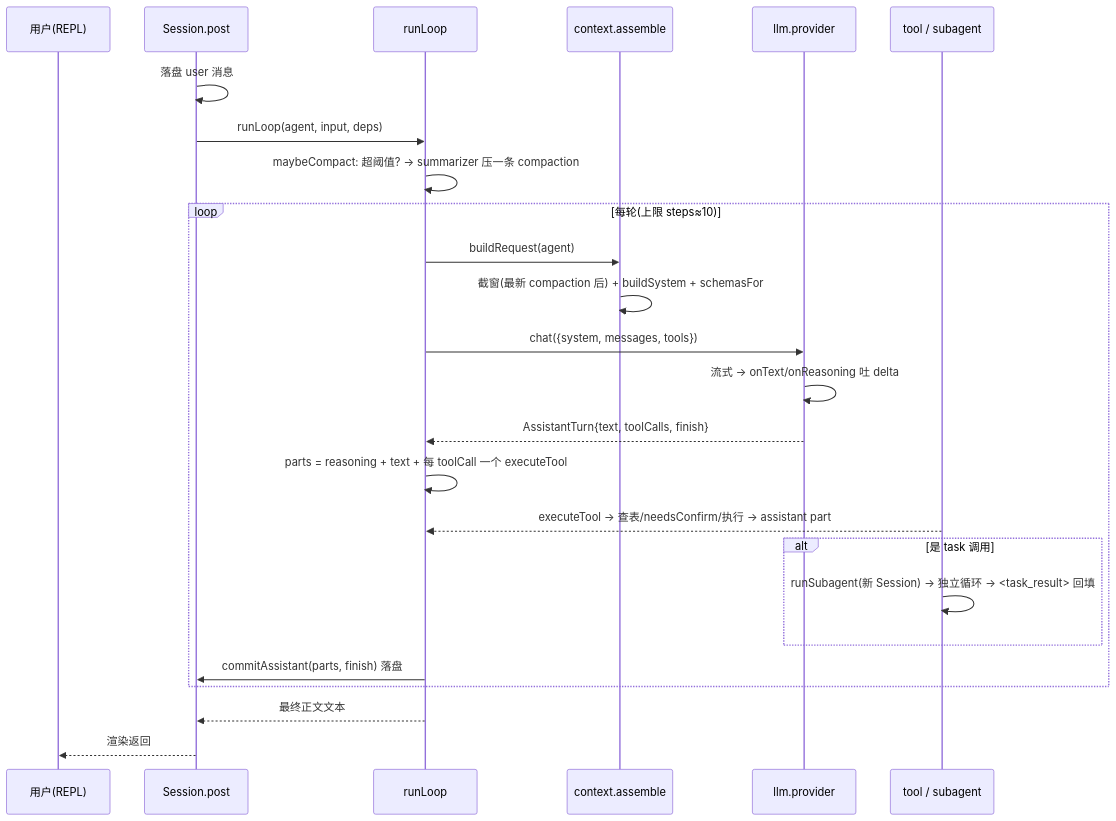
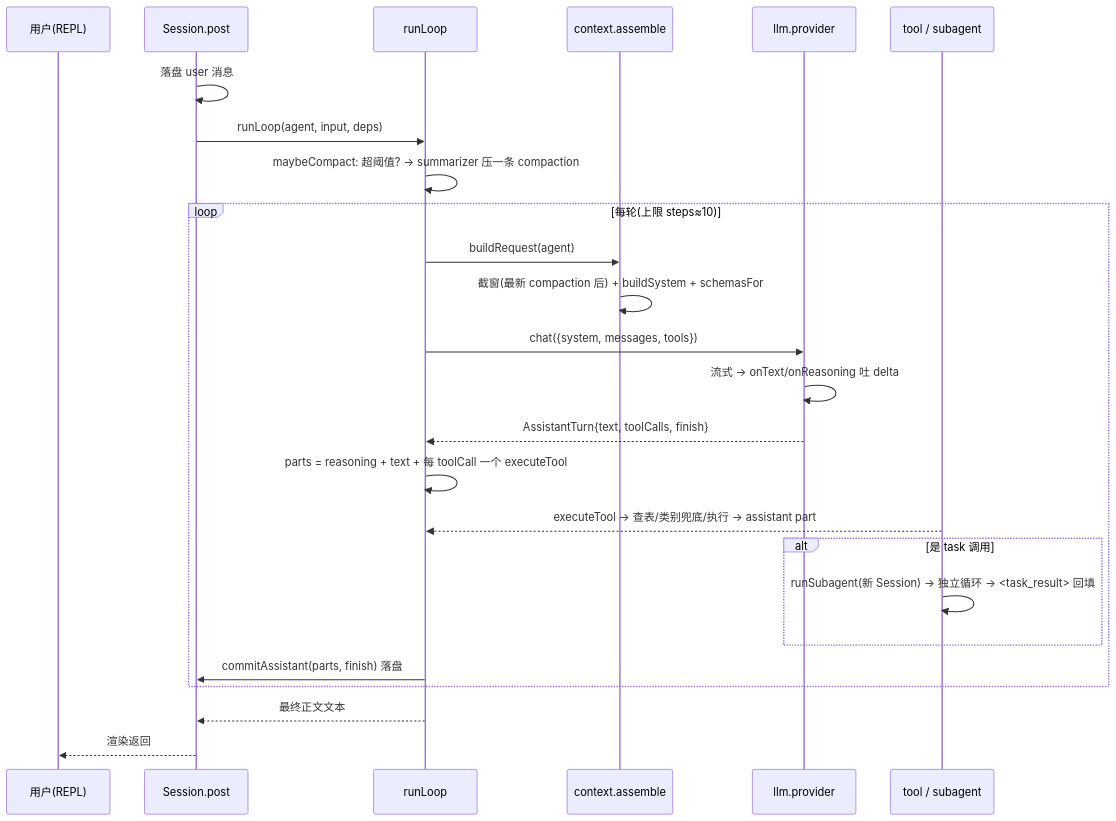
Before and after one commit to Sunshine334419520/talemate: the diagram in docs/architecture.md, drawn with Mermaid. The commit also changed other lines of this file and 50 other files, not shown here.

````diff
--- a/docs/architecture.md
+++ b/docs/architecture.md
@@ -75,27 +75,27 @@
 ```mermaid
 sequenceDiagram
     participant U as 用户(REPL)
     participant S as Session.post
     participant L as runLoop
     participant C as context.assemble
     participant LLM as llm.provider
     participant T as tool / subagent
     S->>S: 落盘 user 消息
     S->>L: runLoop(agent, input, deps)
     L->>L: maybeCompact: 超阈值? → summarizer 压一条 compaction
     loop 每轮(上限 steps≈10)
         L->>C: buildRequest(agent)
         C->>C: 截窗(最新 compaction 后) + buildSystem + schemasFor
         L->>LLM: chat({system, messages, tools})
         LLM->>LLM: 流式 → onText/onReasoning 吐 delta
         LLM-->>L: AssistantTurn{text, toolCalls, finish}
         L->>L: parts = reasoning + text + 每 toolCall 一个 executeTool
-        T-->>L: executeTool → 查表/needsConfirm/执行 → assistant part
+        T-->>L: executeTool → 查表/类别兜底/执行 → assistant part
         alt 是 task 调用
             T->>T: runSubagent(新 Session) → 独立循环 → <task_result> 回填
         end
         L->>S: commitAssistant(parts, finish) 落盘
     end
     L-->>S: 最终正文文本
     S-->>U: 渲染返回
 ```
````
